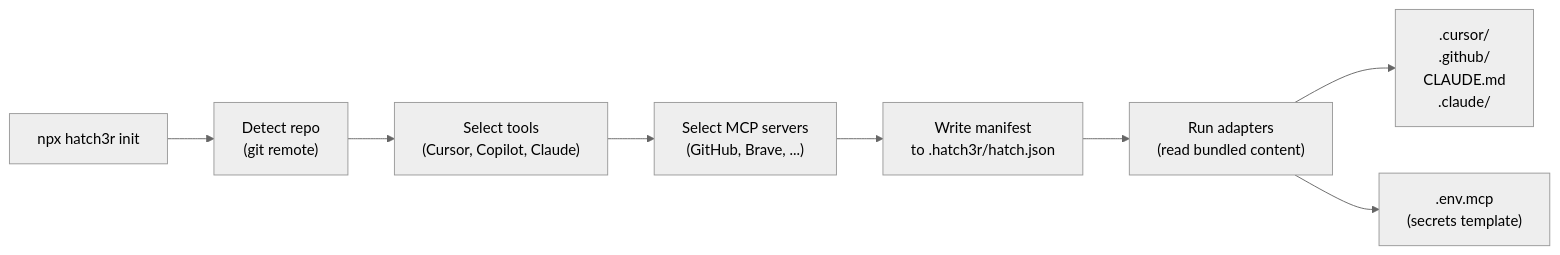
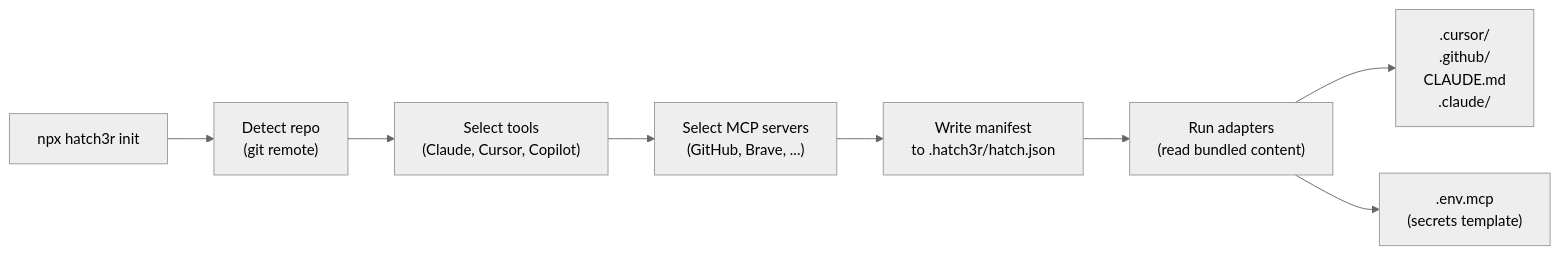
One commit to hatch3r/hatch3r changed the first of 5 diagrams in docs/agentic-process.md. Above: the diagram before and after it, drawn with Mermaid (neutral theme). The commit also changed 90 other files, not shown here.

````diff
--- a/docs/agentic-process.md
+++ b/docs/agentic-process.md
@@ -9,10 +9,10 @@
 ```mermaid
 flowchart LR
     A["npx hatch3r init"] --> B["Detect repo\n(git remote)"]
-    B --> C["Select tools\n(Cursor, Copilot, Claude)"]
+    B --> C["Select tools\n(Claude, Cursor, Copilot)"]
     C --> D["Select MCP servers\n(GitHub, Brave, ...)"]
     D --> E["Write manifest\nto .hatch3r/hatch.json"]
     E --> F["Run adapters\n(read bundled content)"]
     F --> G[".cursor/\n.github/\nCLAUDE.md\n.claude/"]
     F --> H[".env.mcp\n(secrets template)"]
 ```
````
